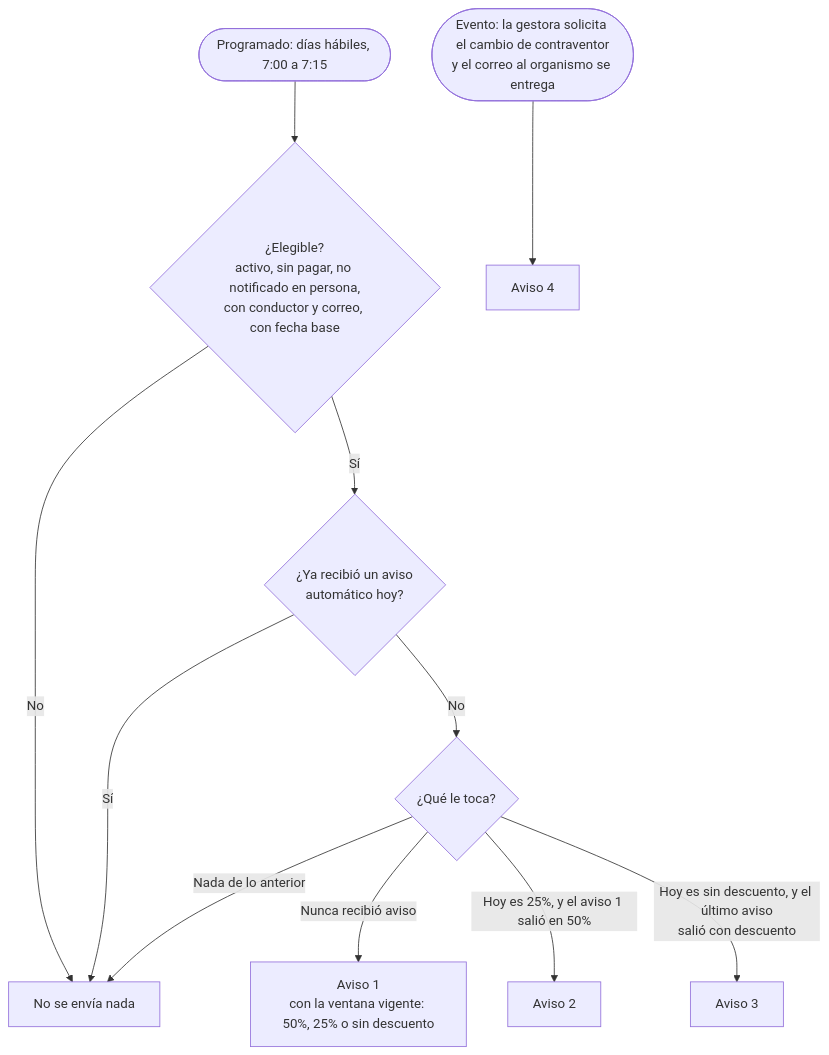
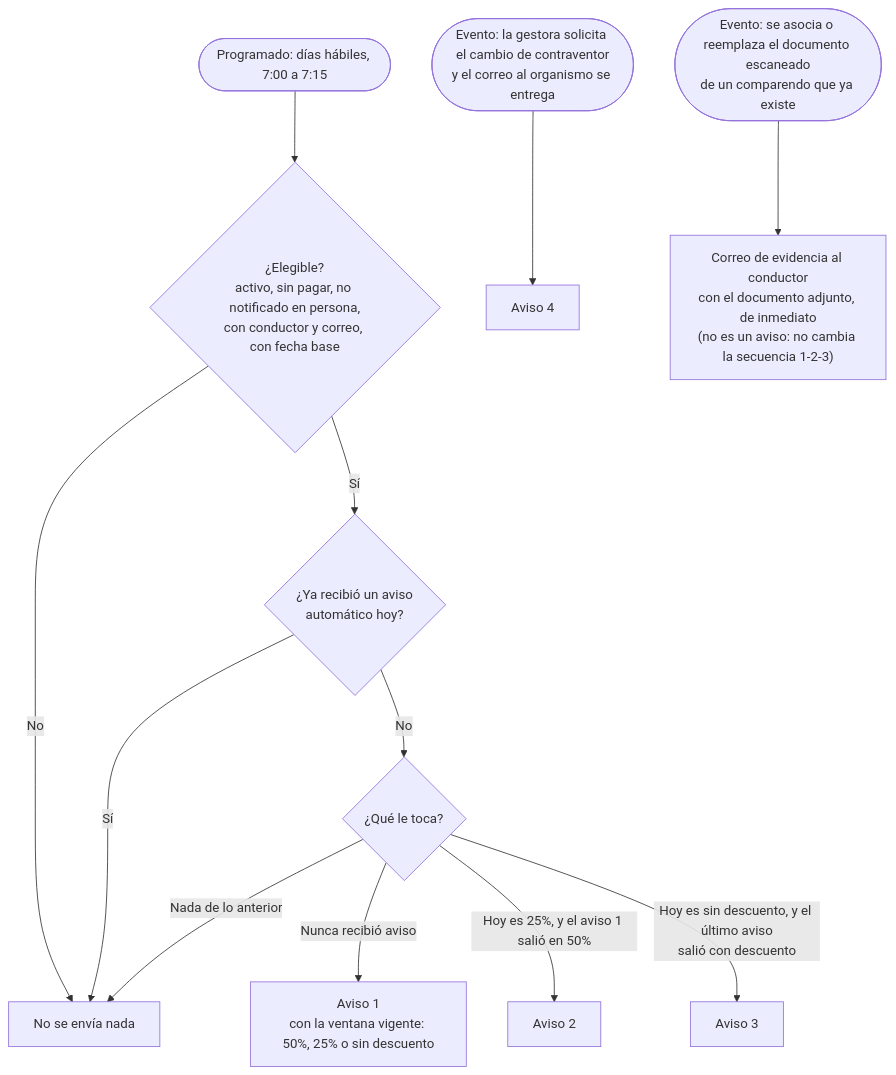
One commit to flitsas/flit changed the third of 4 diagrams in docs/comparendos/flujo-diario-y-reglas-de-negocio.md. Above: the diagram before and after it, drawn with Mermaid. The commit also changed other lines of this file and 16 other files, not shown here.

First line of the commit message:
GDC-EVID: correo al conductor con el documento al asociar o reemplazar el escaneado

````diff
--- a/docs/comparendos/flujo-diario-y-reglas-de-negocio.md
+++ b/docs/comparendos/flujo-diario-y-reglas-de-negocio.md
@@ -121,13 +121,14 @@
 ```mermaid
 flowchart TD
   S(["Programado: días hábiles, 7:00 a 7:15"]) --> E{"¿Elegible?<br/>activo, sin pagar, no notificado en persona,<br/>con conductor y correo, con fecha base"}
   E -- "No" --> X["No se envía nada"]
   E -- "Sí" --> H{"¿Ya recibió un aviso<br/>automático hoy?"}
   H -- "Sí" --> X
   H -- "No" --> W{"¿Qué le toca?"}
   W -- "Nunca recibió aviso" --> A1["Aviso 1<br/>con la ventana vigente: 50%, 25% o sin descuento"]
   W -- "Hoy es 25%, y el aviso 1 salió en 50%" --> A2["Aviso 2"]
   W -- "Hoy es sin descuento, y el último aviso<br/>salió con descuento" --> A3["Aviso 3"]
   W -- "Nada de lo anterior" --> X
   G(["Evento: la gestora solicita el cambio de contraventor<br/>y el correo al organismo se entrega"]) --> A4["Aviso 4"]
+  D(["Evento: se asocia o reemplaza el documento escaneado<br/>de un comparendo que ya existe"]) --> V["Correo de evidencia al conductor<br/>con el documento adjunto, de inmediato<br/>(no es un aviso: no cambia la secuencia 1-2-3)"]
 ```
````
